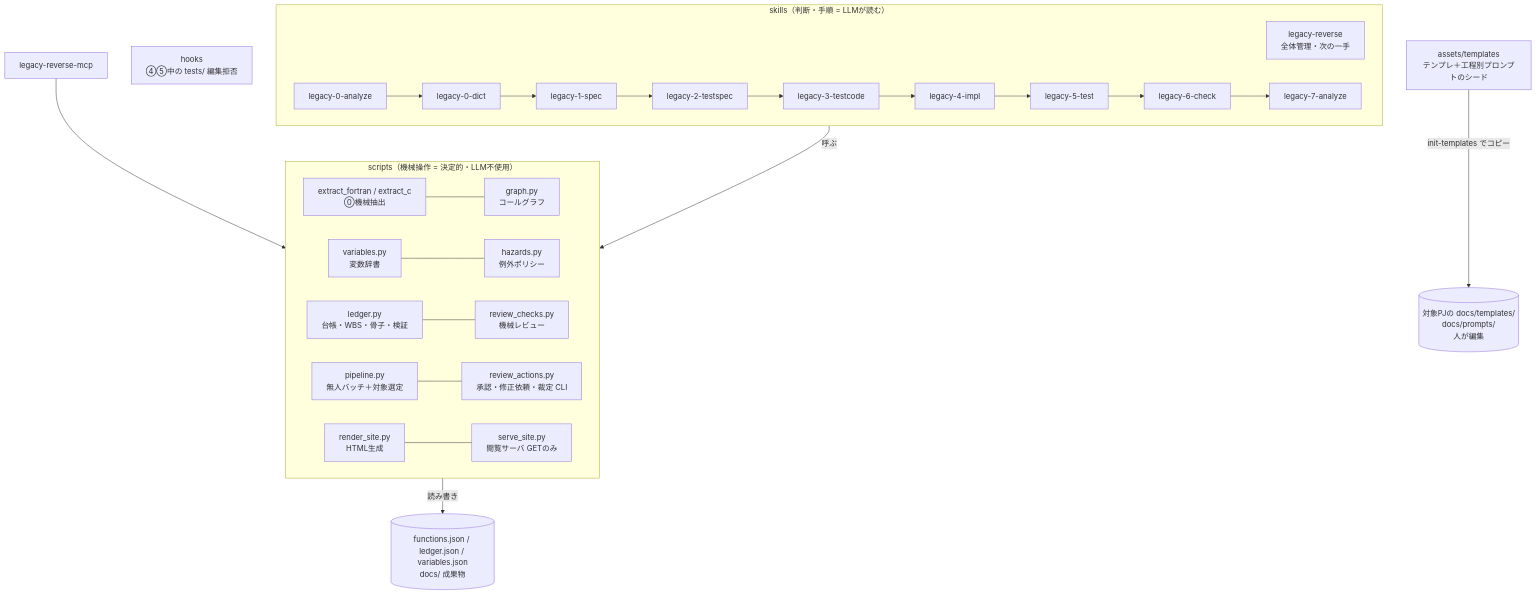
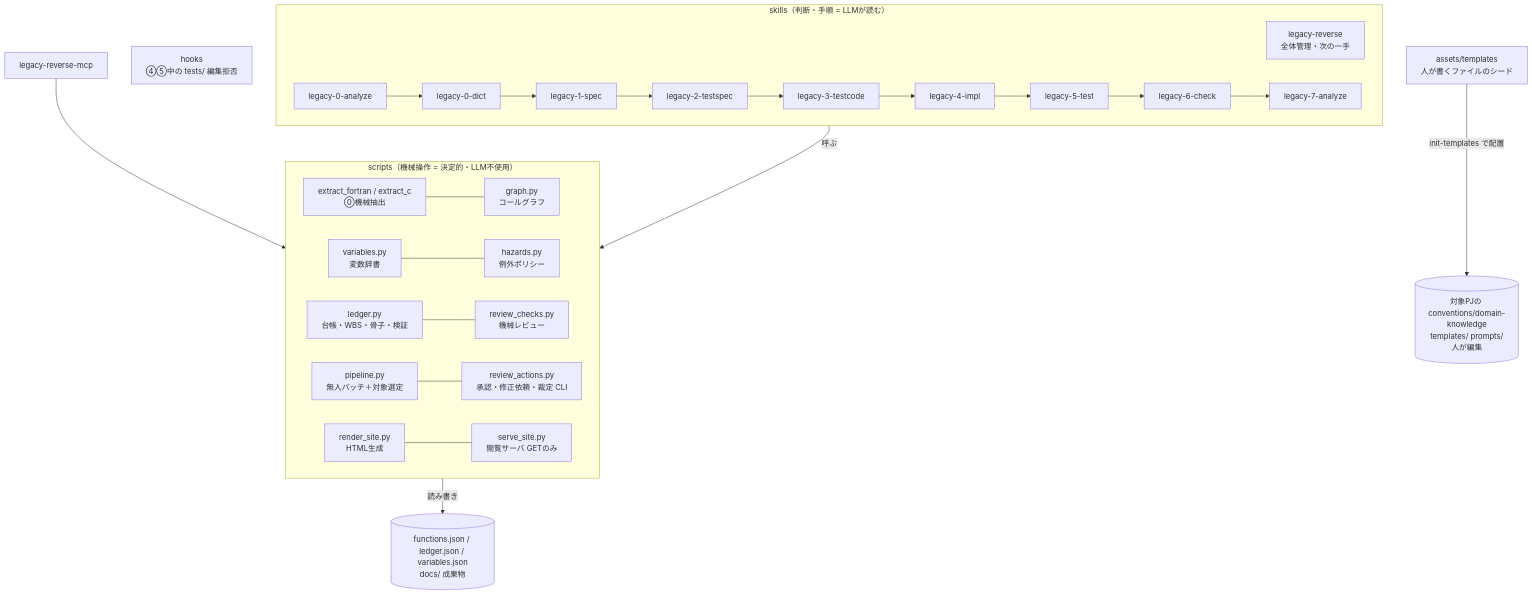
One commit to ctenopoma/skills changed the diagram in legacy-reverse/ARCHITECTURE.md. Above: the diagram before and after it, drawn with Mermaid. The commit also changed other lines of this file and 11 other files, not shown here.

First line of the commit message:
legacy-reverse: 人が書くMDを⓪の最初に雛形として自動配置（init-templates の拡張）

````diff
--- a/legacy-reverse/ARCHITECTURE.md
+++ b/legacy-reverse/ARCHITECTURE.md
@@ -8,21 +8,21 @@
 ```mermaid
 graph TB
   subgraph skill["skills（判断・手順 = LLMが読む）"]
     P[legacy-reverse<br>全体管理・次の一手]
     S0[legacy-0-analyze] --> SD[legacy-0-dict] --> S1[legacy-1-spec] --> S2[legacy-2-testspec]
     S2 --> S3[legacy-3-testcode] --> S4[legacy-4-impl] --> S5[legacy-5-test]
     S5 --> S6[legacy-6-check] --> S7[legacy-7-analyze]
   end
   subgraph scripts["scripts（機械操作 = 決定的・LLM不使用）"]
     EX[extract_fortran / extract_c<br>⓪機械抽出] --- GR[graph.py<br>コールグラフ]
     VA[variables.py<br>変数辞書] --- HZ[hazards.py<br>例外ポリシー]
     LG[ledger.py<br>台帳・WBS・骨子・検証] --- RV[review_checks.py<br>機械レビュー]
     PL[pipeline.py<br>無人バッチ＋対象選定] --- RA[review_actions.py<br>承認・修正依頼・裁定 CLI]
     RS[render_site.py<br>HTML生成] --- SS[serve_site.py<br>閲覧サーバ GETのみ]
   end
   HK[hooks<br>④⑤中の tests/ 編集拒否]
-  TP[assets/templates<br>テンプレ＋工程別プロンプトのシード] -->|init-templates でコピー| PJT[(対象PJの docs/templates/<br>docs/prompts/<br>人が編集)]
+  TP[assets/templates<br>人が書くファイルのシード] -->|init-templates で配置| PJT[(対象PJの conventions/domain-knowledge<br>templates/ prompts/<br>人が編集)]
   MCP[legacy-reverse-mcp] --> scripts
   skill -->|呼ぶ| scripts
   scripts -->|読み書き| DATA[(functions.json / ledger.json / variables.json<br>docs/ 成果物)]
 ```
````
